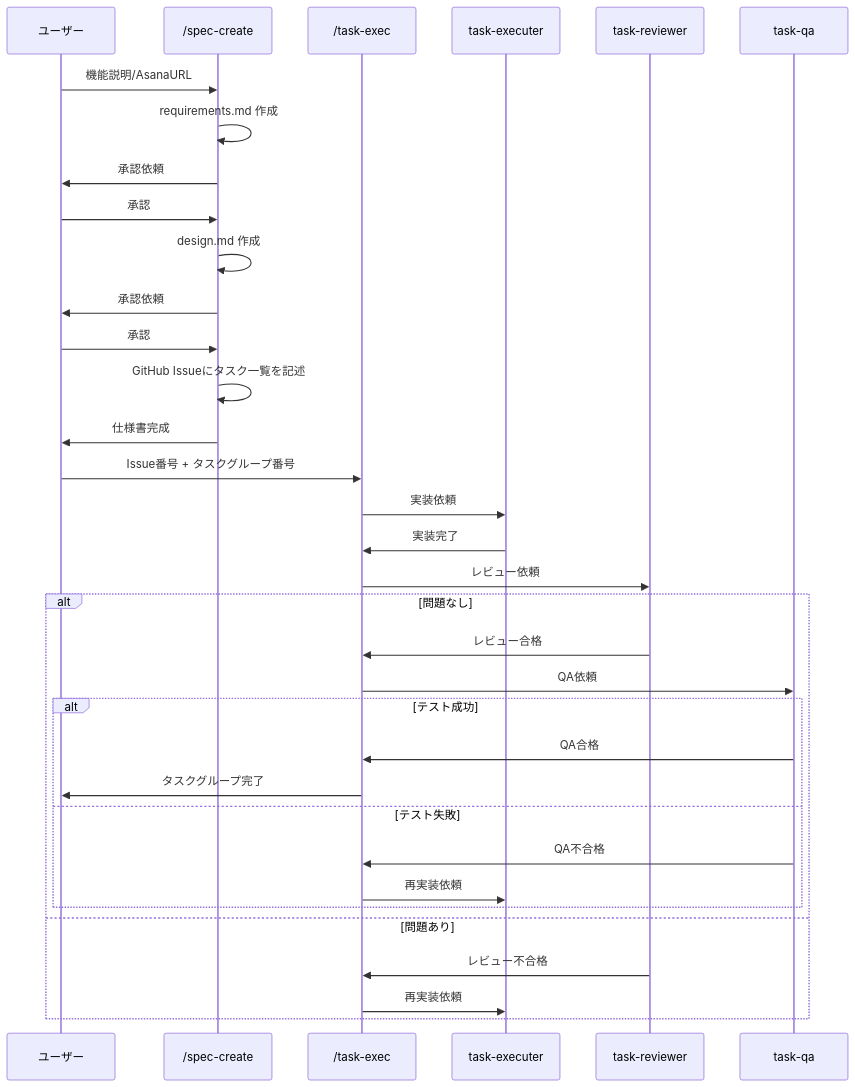
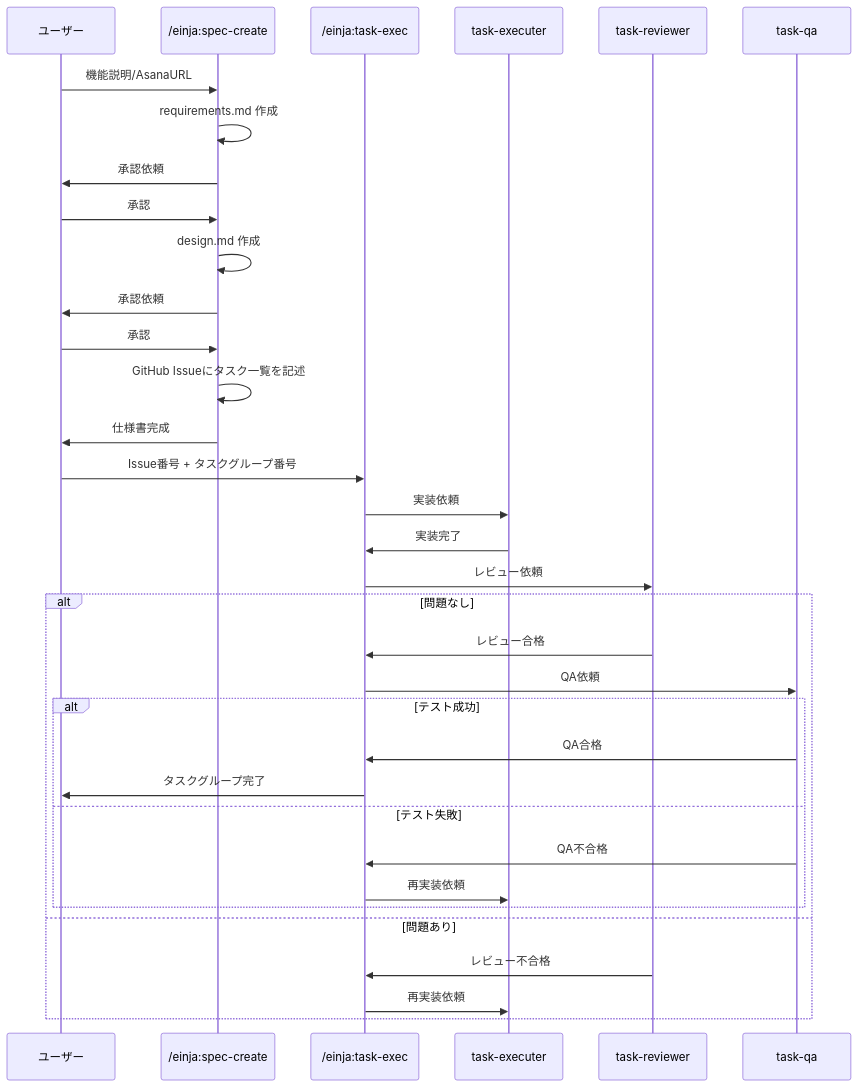
The sixth of 6 diagrams in docs/einja/instructions/task-execute.md (einja-inc/einja-management-template), drawn with Mermaid before and after one commit. The commit also changed other lines of this file and 9 other files, not shown here.

````diff
--- a/docs/einja/instructions/task-execute.md
+++ b/docs/einja/instructions/task-execute.md
@@ -575,40 +575,40 @@
 ```mermaid
 sequenceDiagram
     participant User as ユーザー
-    participant SpecCreate as /spec-create
-    participant TaskExec as /task-exec
+    participant SpecCreate as /einja:spec-create
+    participant TaskExec as /einja:task-exec
     participant Executer as task-executer
     participant Reviewer as task-reviewer
     participant QA as task-qa
 
     User->>SpecCreate: 機能説明/AsanaURL
     SpecCreate->>SpecCreate: requirements.md 作成
     SpecCreate->>User: 承認依頼
     User->>SpecCreate: 承認
     SpecCreate->>SpecCreate: design.md 作成
     SpecCreate->>User: 承認依頼
     User->>SpecCreate: 承認
     SpecCreate->>SpecCreate: GitHub Issueにタスク一覧を記述
     SpecCreate->>User: 仕様書完成
 
     User->>TaskExec: Issue番号 + タスクグループ番号
 
     TaskExec->>Executer: 実装依頼
     Executer->>TaskExec: 実装完了
 
     TaskExec->>Reviewer: レビュー依頼
     alt 問題なし
         Reviewer->>TaskExec: レビュー合格
         TaskExec->>QA: QA依頼
         alt テスト成功
             QA->>TaskExec: QA合格
             TaskExec->>User: タスクグループ完了
         else テスト失敗
             QA->>TaskExec: QA不合格
             TaskExec->>Executer: 再実装依頼
         end
     else 問題あり
         Reviewer->>TaskExec: レビュー不合格
         TaskExec->>Executer: 再実装依頼
     end
 ```
````
